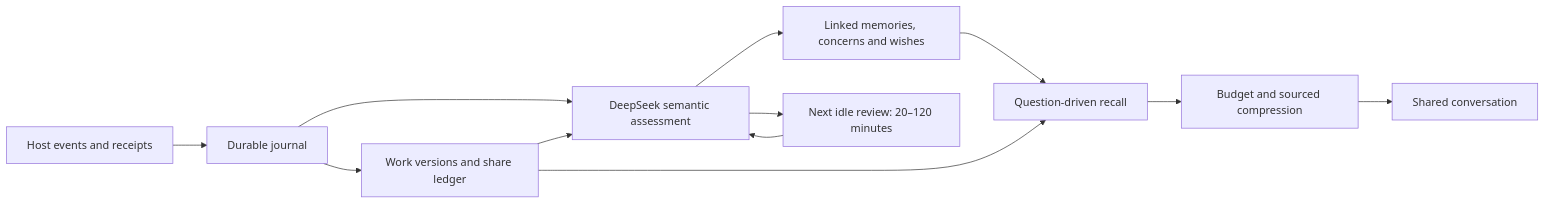
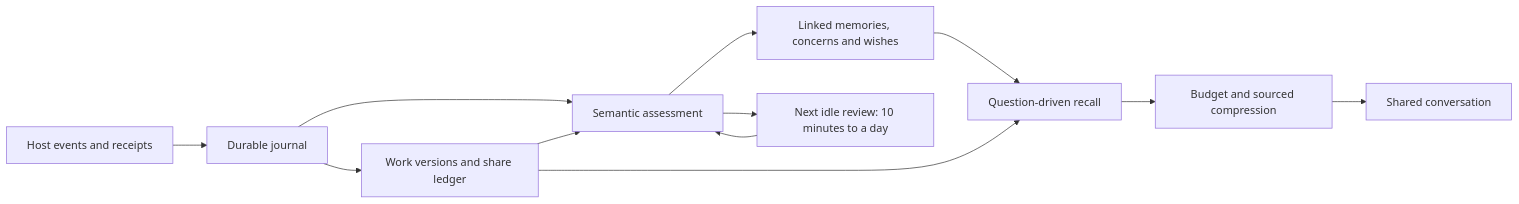
Before and after one commit to mycyg/kin-mind: the diagram in docs/memory-continuity.md, drawn with Mermaid. The commit also changed other lines of this file and 34 other files, not shown here.

````diff
--- a/docs/memory-continuity.md
+++ b/docs/memory-continuity.md
@@ -5,14 +5,14 @@
 ```mermaid
 flowchart LR
   H[Host events and receipts] --> J[Durable journal]
   J --> W[Work versions and share ledger]
-  J --> D[DeepSeek semantic assessment]
+  J --> D[Semantic assessment]
   W --> D
   D --> M[Linked memories, concerns and wishes]
   M --> R[Question-driven recall]
   W --> R
   R --> C[Budget and sourced compression]
   C --> T[Shared conversation]
-  D --> I[Next idle review: 20–120 minutes]
+  D --> I[Next idle review: 10 minutes to a day]
   I --> D
 ```
````
